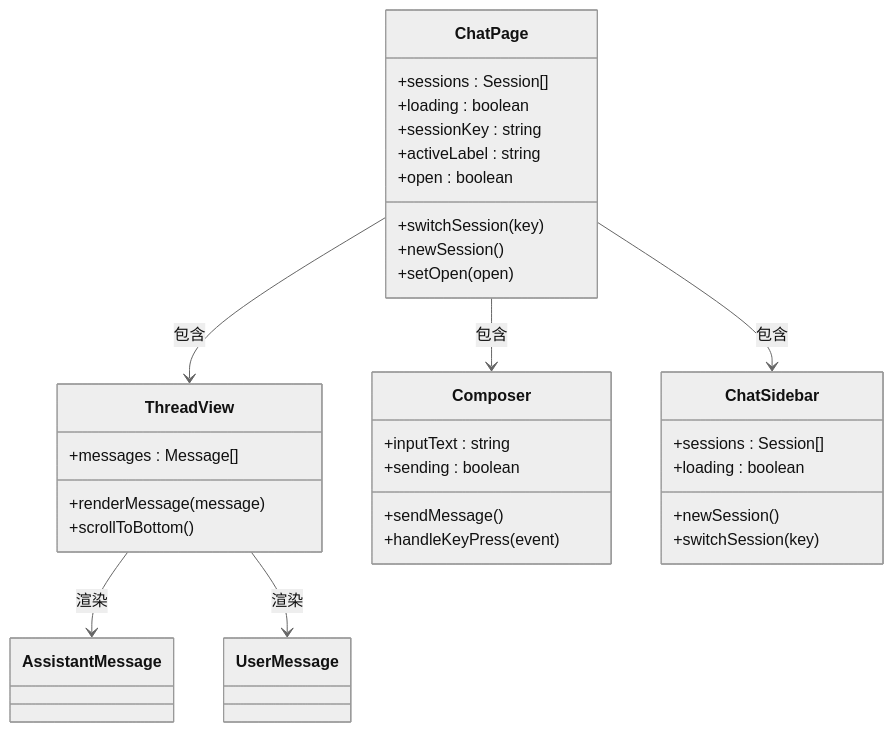
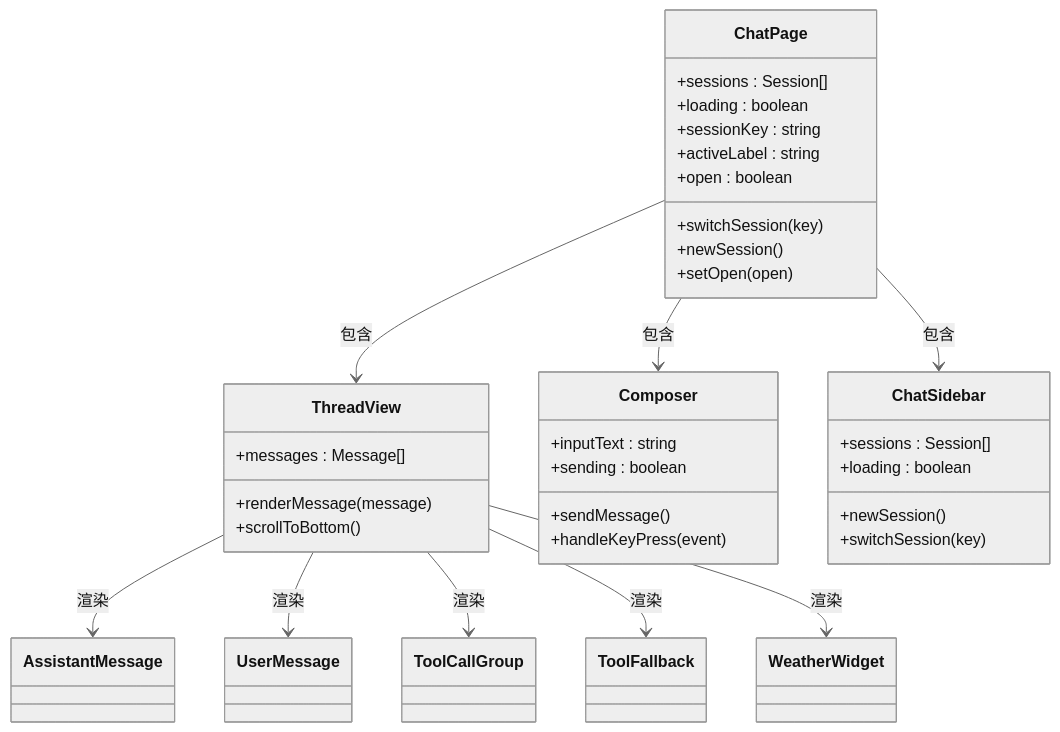
One commit to verse-ai-org/openclaw changed the sixth of 27 diagrams in .qoder/repowiki/zh/content/React Control Ui.md. Above: the diagram before and after it, drawn with Mermaid (neutral theme). The commit also changed other lines of this file and 39 other files, not shown here.

````diff
--- a/.qoder/repowiki/zh/content/React Control Ui.md
+++ b/.qoder/repowiki/zh/content/React Control Ui.md
@@ -285,35 +320,38 @@
 ```mermaid
 classDiagram
 class ChatPage {
 +sessions : Session[]
 +loading : boolean
 +sessionKey : string
 +activeLabel : string
 +switchSession(key)
 +newSession()
 +open : boolean
 +setOpen(open)
 }
 class ThreadView {
 +messages : Message[]
 +renderMessage(message)
 +scrollToBottom()
 }
 class Composer {
 +inputText : string
 +sending : boolean
 +sendMessage()
 +handleKeyPress(event)
 }
 class ChatSidebar {
 +sessions : Session[]
 +loading : boolean
 +newSession()
 +switchSession(key)
 }
 ChatPage --> ThreadView : 包含
 ChatPage --> Composer : 包含
 ChatPage --> ChatSidebar : 包含
 ThreadView --> AssistantMessage : 渲染
 ThreadView --> UserMessage : 渲染
+ThreadView --> ToolCallGroup : 渲染
+ThreadView --> ToolFallback : 渲染
+ThreadView --> WeatherWidget : 渲染
 ```
````
